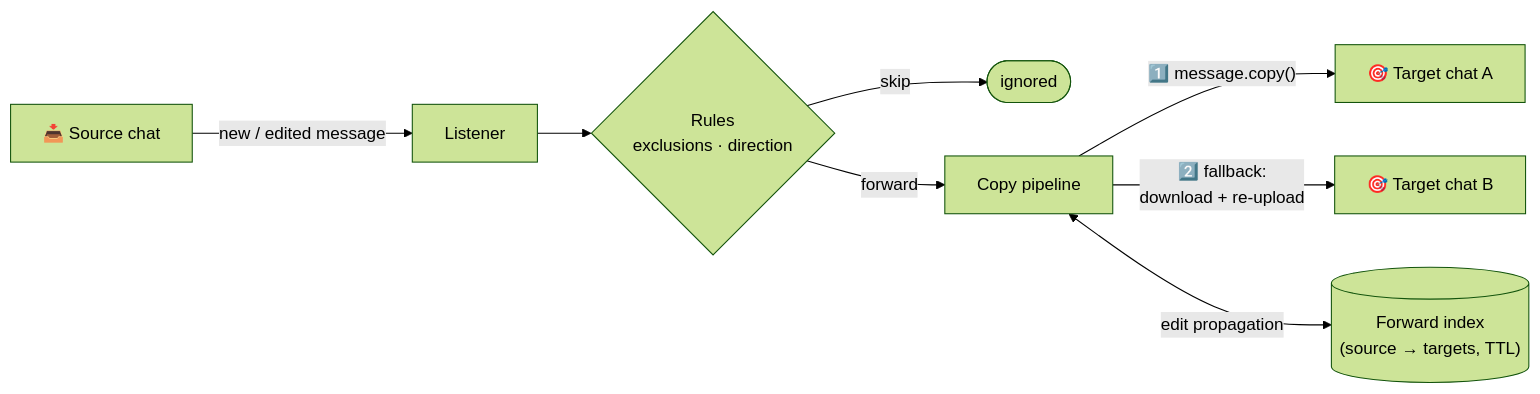
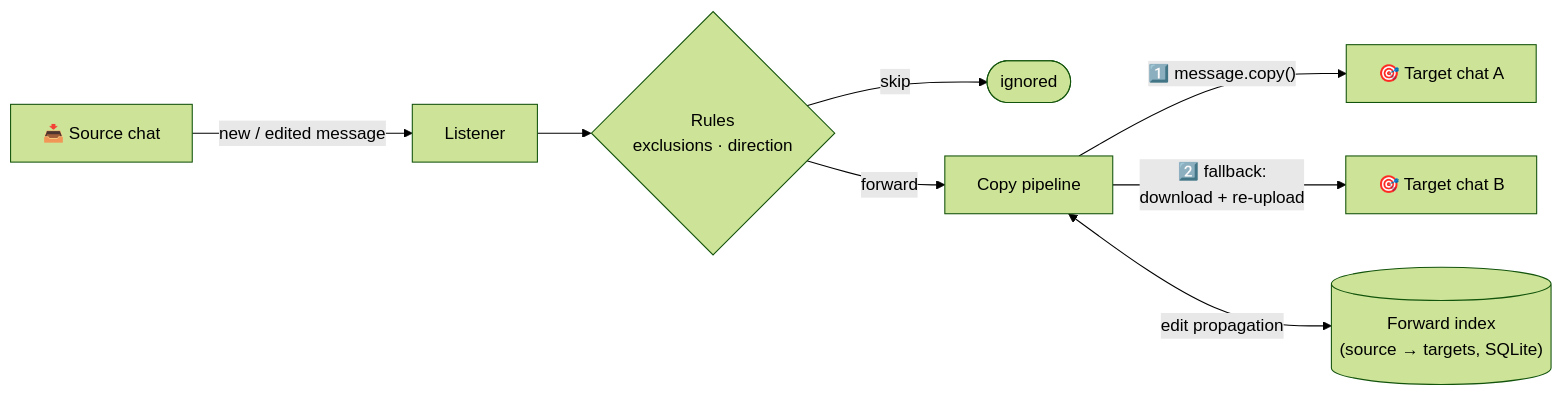
The first of 2 diagrams in README.md (bjspi/telegram-forwarder), drawn with Mermaid (forest theme) before and after one commit. The commit also changed other lines of this file and 7 other files, not shown here.

````diff
--- a/README.md
+++ b/README.md
@@ -60,10 +60,10 @@
 ```mermaid
 flowchart LR
     S["📥 Source chat"] -->|"new / edited message"| L["Listener"]
     L --> R{"Rules<br/>exclusions · direction"}
     R -->|skip| X(["ignored"])
     R -->|forward| P["Copy pipeline"]
     P -->|"1️⃣ message.copy()"| T1["🎯 Target chat A"]
     P -->|"2️⃣ fallback:<br/>download + re-upload"| T2["🎯 Target chat B"]
-    P <-->|"edit propagation"| FI[("Forward index<br/>(source → targets, TTL)")]
+    P <-->|"edit propagation"| FI[("Forward index<br/>(source → targets, SQLite)")]
 ```
````
